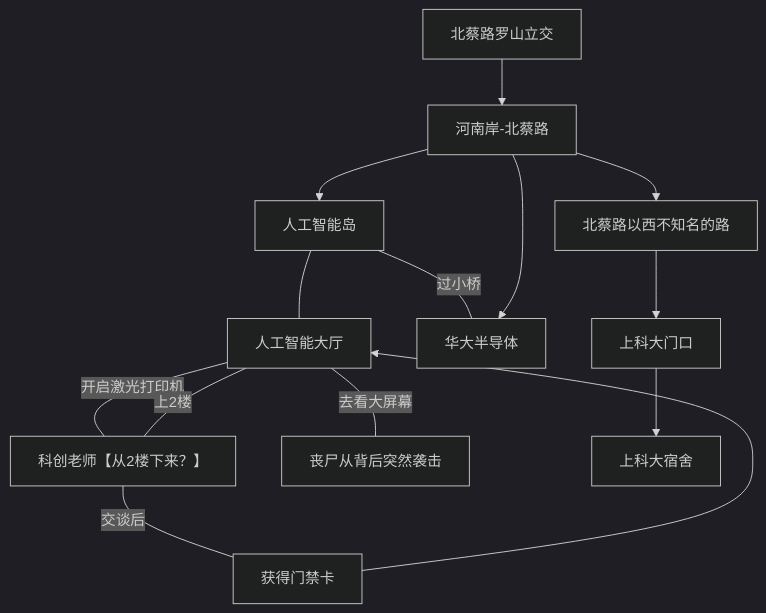
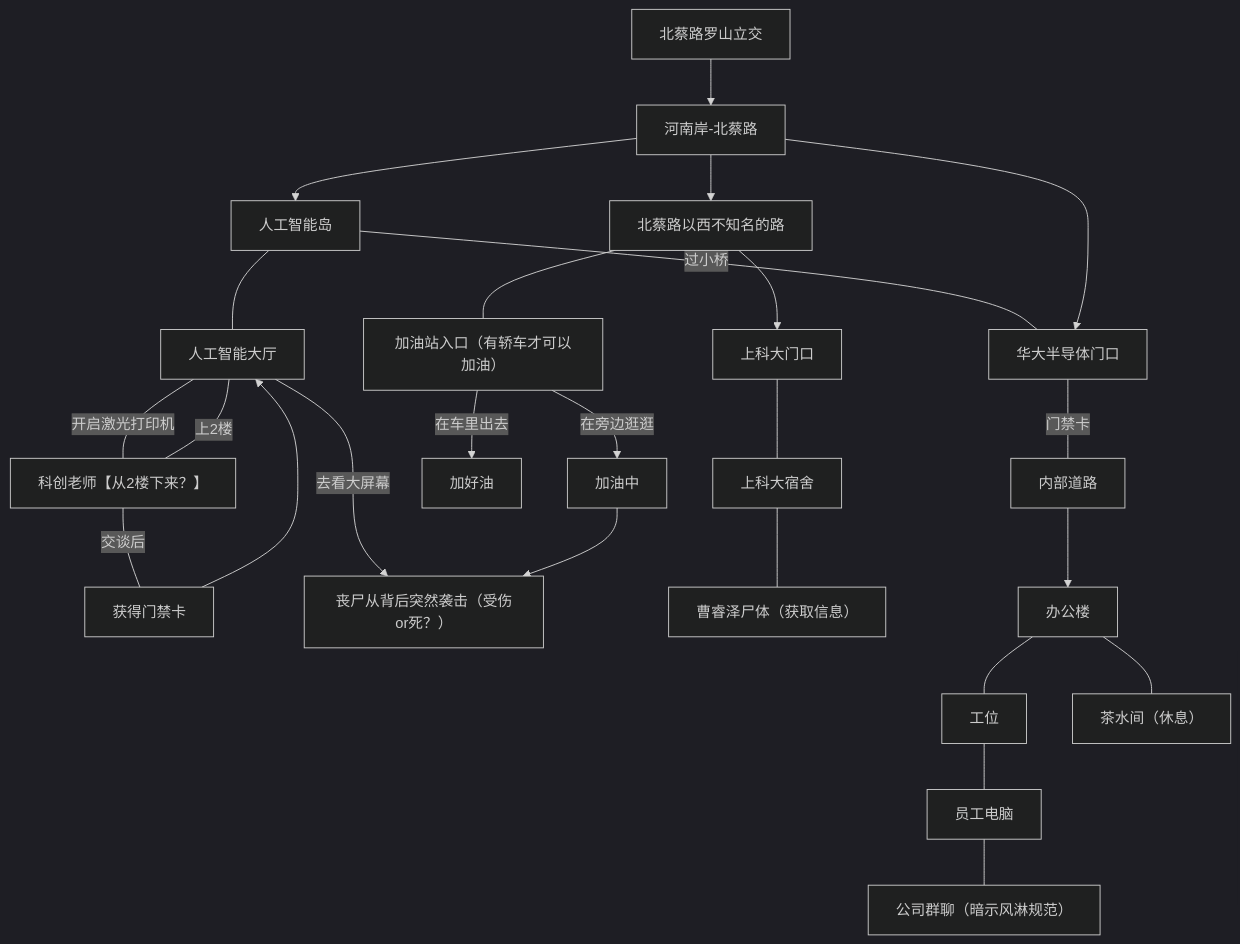
One commit to bobomymz/Plot-Game changed the diagram in 张江设计稿.md. Above: the diagram before and after it, drawn with Mermaid (dark theme).

Commit message:
auto: 2026-09-15 13:00

````diff
--- a/张江设计稿.md
+++ b/张江设计稿.md
@@ -10,28 +10,50 @@
 ```mermaid
 graph TD
     LJ[北蔡路罗山立交]
     AI-DOOR[人工智能岛]
     AI-DT[人工智能大厅]
     MEET[科创老师【从2楼下来？】]
     MJ[获得门禁卡]
-    DIE[丧尸从背后突然袭击]
-    N7[华大半导体]
+    DIE[丧尸从背后突然袭击（受伤or死？）]
+    N7[华大半导体门口]
     N8[河南岸-北蔡路]
     N9[北蔡路以西不知名的路]
     N10[上科大门口]
     N11[上科大宿舍]
+    N12[加油站入口（有轿车才可以加油）]
+    N13[加油中]
+    N14[加好油]
+    N15[曹睿泽尸体（获取信息）]
+    N16[内部道路]
+    N17[办公楼]
+    N18[工位]
+    N19[员工电脑]
+    N20[公司群聊（暗示风淋规范）]
+    N21[茶水间（休息）]
     AI-DOOR --- AI-DT
     AI-DT ---|开启激光打印机| MEET
     MEET ---|交谈后| MJ
-    AI-DT ---|去看大屏幕| DIE
+    AI-DT -->|去看大屏幕| DIE
     AI-DT ---|上2楼| MEET
     MJ --> AI-DT
     AI-DOOR ---|过小桥| N7
     LJ --> N8
     N8 --> AI-DOOR
     N8 --> N7
     N8 --> N9
     N9 --> N10
-    N10 --> N11
+    N10 --- N11
+    N9 --- N12
+    N13 --> DIE
+    N12 -->|在旁边逛逛| N13
+    N12 -->|在车里出去| N14
+    N11 --- N15
+    N7 ---|门禁卡| N16
+    N16 --> N17
+    N17 --- N18
+    N18 --- N19
+    N19 --- N20
+    N17 --- N21
+
 
 ```
````
